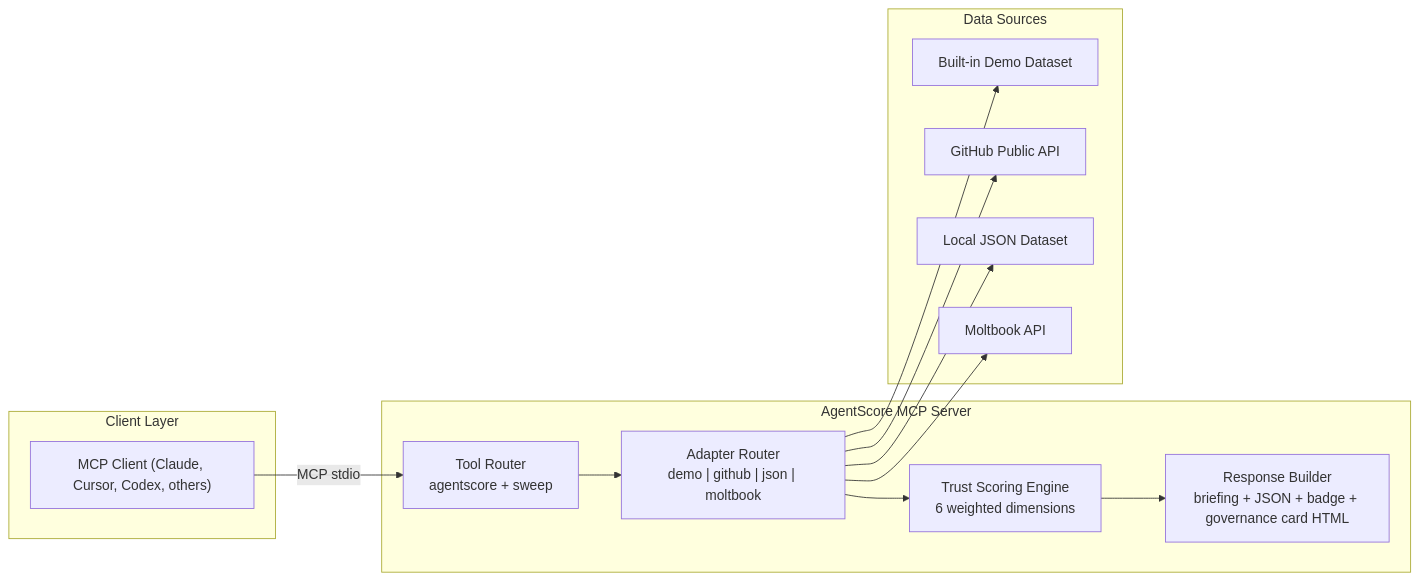
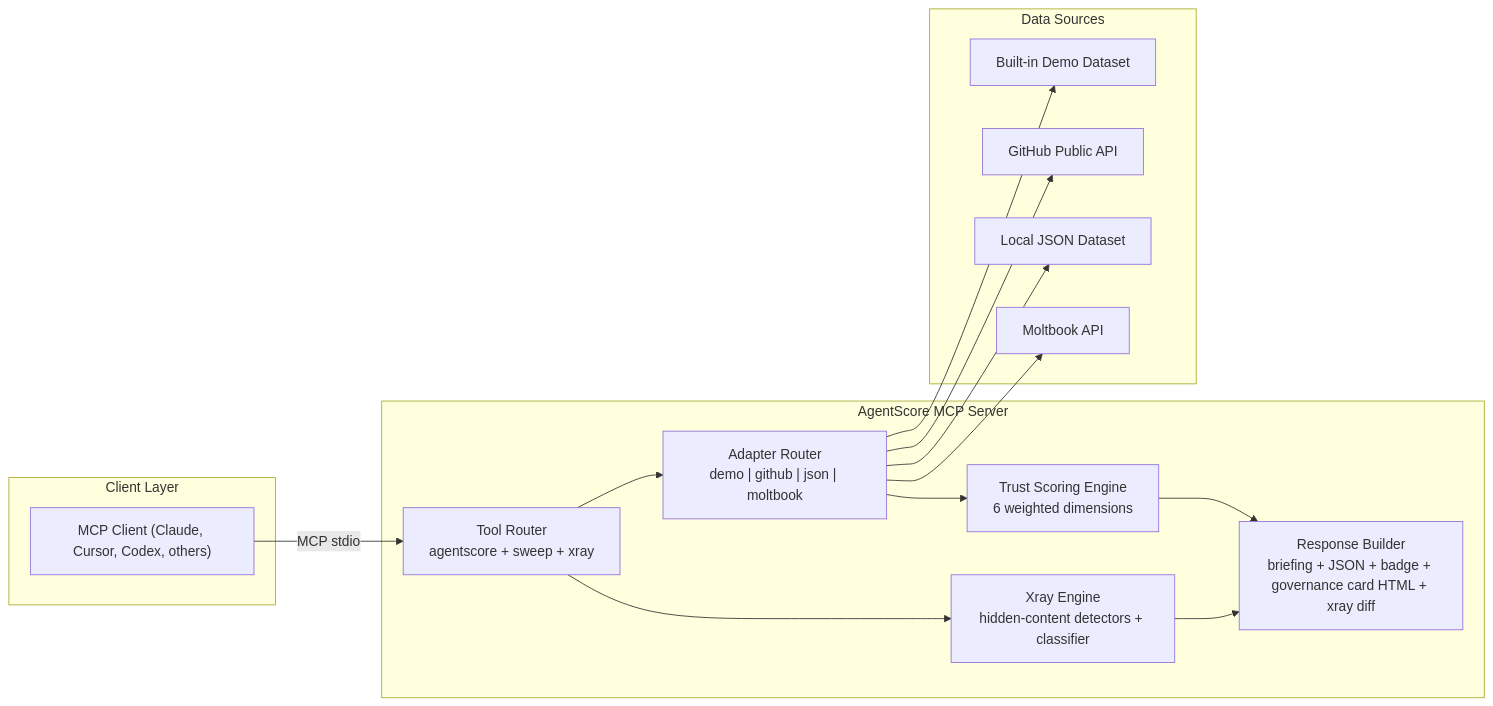
The diagram in README.md (tmishra-sp/agentscore-mcp), drawn with Mermaid before and after one commit. The commit also changed other lines of this file and 25 other files, not shown here.

First line of the commit message:
feat: add xray content scanner and refresh public docs (#23)

````diff
--- a/README.md
+++ b/README.md
@@ -544,29 +573,32 @@
 ```mermaid
 flowchart LR
   subgraph CLIENT["Client Layer"]
     A["MCP Client (Claude, Cursor, Codex, others)"]
   end
 
   subgraph SERVER["AgentScore MCP Server"]
-    B["Tool Router<br/>agentscore + sweep"]
+    B["Tool Router<br/>agentscore + sweep + xray"]
     C["Adapter Router<br/>demo | github | json | moltbook"]
     D["Trust Scoring Engine<br/>6 weighted dimensions"]
-    E["Response Builder<br/>briefing + JSON + badge + governance card HTML"]
+    X["Xray Engine<br/>hidden-content detectors + classifier"]
+    E["Response Builder<br/>briefing + JSON + badge + governance card HTML + xray diff"]
   end
 
   subgraph DATA["Data Sources"]
     F["Built-in Demo Dataset"]
     G["GitHub Public API"]
     H["Local JSON Dataset"]
     I["Moltbook API"]
   end
 
   A -->|"MCP stdio"| B
   B --> C
+  B --> X
   C --> D
   D --> E
+  X --> E
   C --> F
   C --> G
   C --> H
   C --> I
 ```
````
